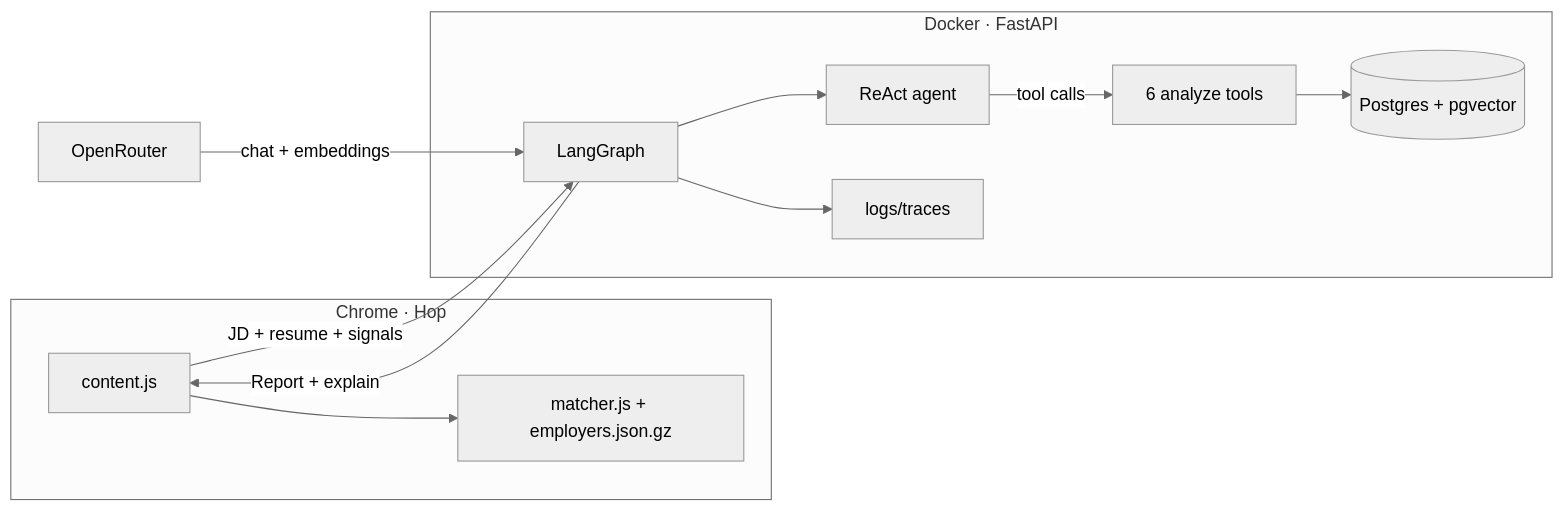
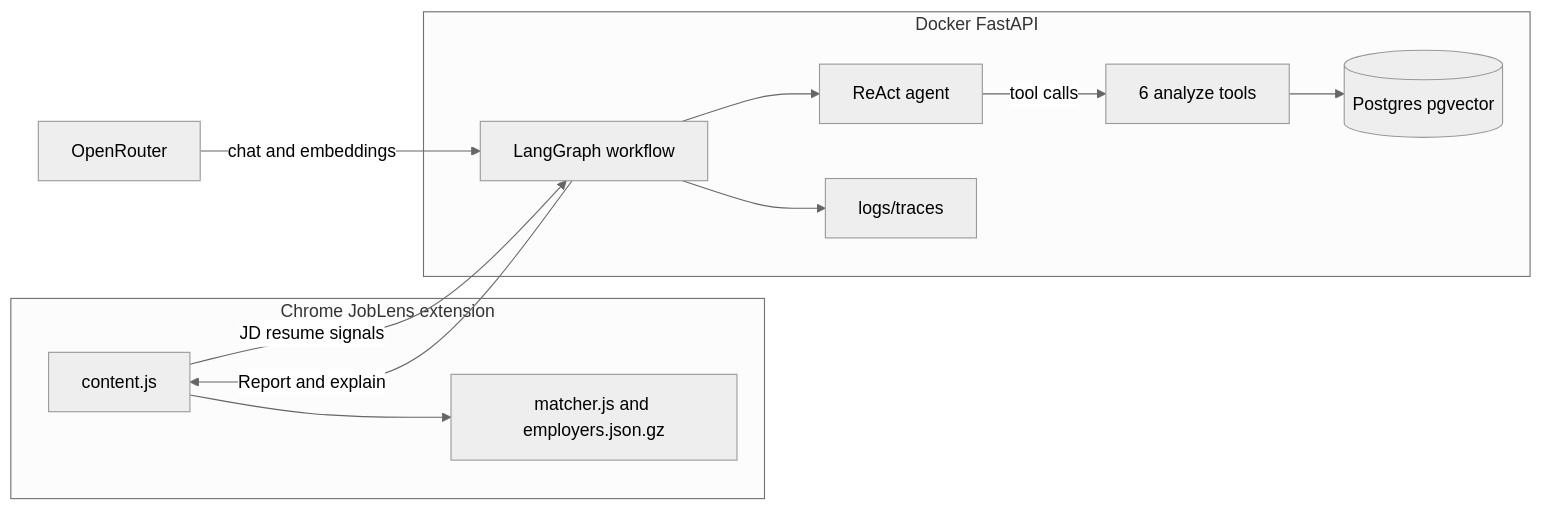
The second of 3 diagrams in README.md (nicole732470/joblens), drawn with Mermaid (neutral theme) before and after one commit. The commit also changed other lines of this file and 23 other files, not shown here.

Commit message:
rebrand: JobLens design — remove rabbit, lens-themed UI

````diff
--- a/README.md
+++ b/README.md
@@ -141,23 +141,23 @@
 ```mermaid
 flowchart LR
-  subgraph browser["Chrome · Hop"]
+  subgraph browser["Chrome JobLens extension"]
     EXT[content.js]
-    MAT[matcher.js + employers.json.gz]
+    MAT[matcher.js and employers.json.gz]
     EXT --> MAT
   end
 
-  subgraph server["Docker · FastAPI"]
-    LG[LangGraph]
+  subgraph server["Docker FastAPI"]
+    LG[LangGraph workflow]
     AGENT[ReAct agent]
     LG --> AGENT
-    AGENT -->|tool calls| TOOLS[6 analyze tools]
-    PG[(Postgres + pgvector)]
+    AGENT -->|"tool calls"| TOOLS[6 analyze tools]
+    PG[(Postgres pgvector)]
     TOOLS --> PG
     TR[logs/traces]
     LG --> TR
   end
 
-  EXT -->|JD + resume + signals| LG
-  LG -->|Report + explain| EXT
-  OR[OpenRouter] -->|chat + embeddings| LG
+  EXT -->|"JD resume signals"| LG
+  LG -->|"Report and explain"| EXT
+  OR[OpenRouter] -->|"chat and embeddings"| LG
 ```
````
